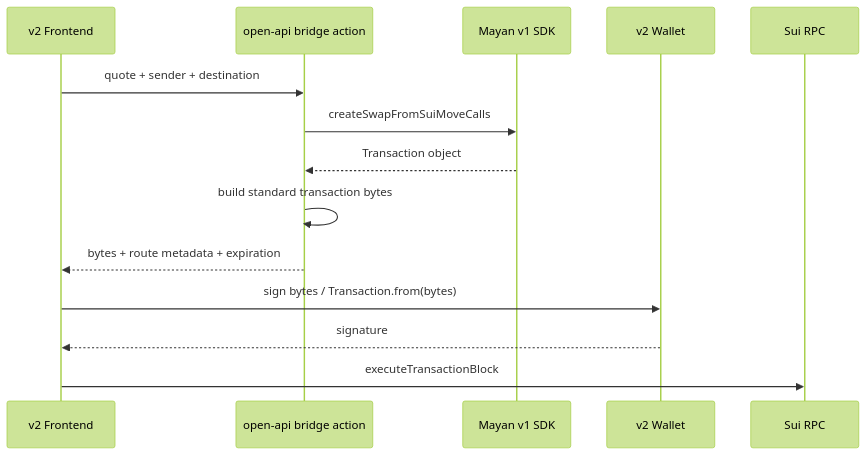
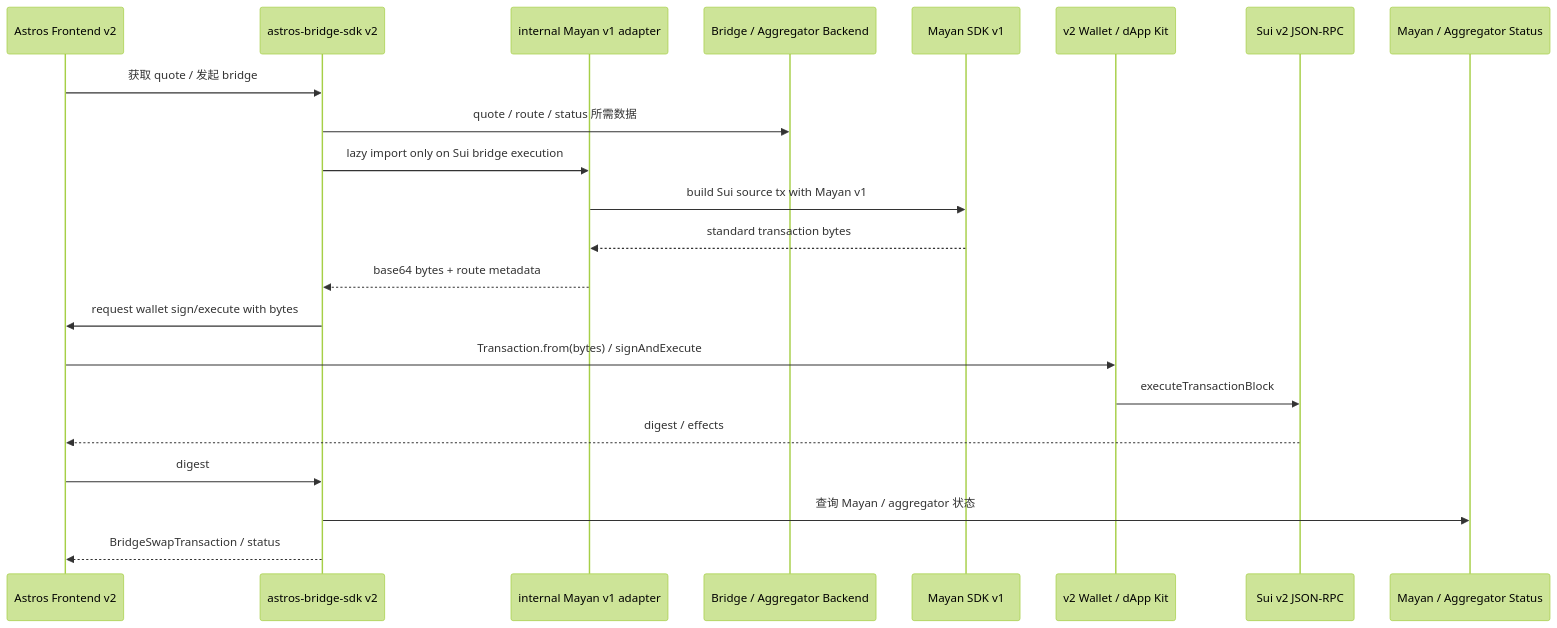
The fifth of 5 diagrams in docs/SUI_SDK_2_UPGRADE_TECHNICAL_PLAN.md (naviprotocol/naviprotocol-monorepo), drawn with Mermaid (forest theme) before and after one commit. The commit also changed other lines of this file, not shown here.

Commit message:
docs: refine Sui SDK 2 upgrade technical plan with updated migration risks and testing outcomes

````diff
--- a/docs/SUI_SDK_2_UPGRADE_TECHNICAL_PLAN.md
+++ b/docs/SUI_SDK_2_UPGRADE_TECHNICAL_PLAN.md
@@ -389,17 +449,25 @@
 ```mermaid
 sequenceDiagram
-  participant FE as v2 Frontend
-  participant API as open-api bridge action
-  participant Mayan as Mayan v1 SDK
-  participant Wallet as v2 Wallet
-  participant Sui as Sui RPC
+  participant FE as Astros Frontend v2
+  participant SDK as astros-bridge-sdk v2
+  participant Adapter as internal Mayan v1 adapter
+  participant Backend as Bridge / Aggregator Backend
+  participant Mayan as Mayan SDK v1
+  participant Wallet as v2 Wallet / dApp Kit
+  participant Sui as Sui v2 JSON-RPC
+  participant Status as Mayan / Aggregator Status
 
-  FE->>API: quote + sender + destination
-  API->>Mayan: createSwapFromSuiMoveCalls
-  Mayan-->>API: Transaction object
-  API->>API: build standard transaction bytes
-  API-->>FE: bytes + route metadata + expiration
-  FE->>Wallet: sign bytes / Transaction.from(bytes)
-  Wallet-->>FE: signature
-  FE->>Sui: executeTransactionBlock
+  FE->>SDK: 获取 quote / 发起 bridge
+  SDK->>Backend: quote / route / status 所需数据
+  SDK->>Adapter: lazy import only on Sui bridge execution
+  Adapter->>Mayan: build Sui source tx with Mayan v1
+  Mayan-->>Adapter: standard transaction bytes
+  Adapter-->>SDK: base64 bytes + route metadata
+  SDK->>FE: request wallet sign/execute with bytes
+  FE->>Wallet: Transaction.from(bytes) / signAndExecute
+  Wallet->>Sui: executeTransactionBlock
+  Sui-->>FE: digest / effects
+  FE->>SDK: digest
+  SDK->>Status: 查询 Mayan / aggregator 状态
+  SDK-->>FE: BridgeSwapTransaction / status
 ```
````
